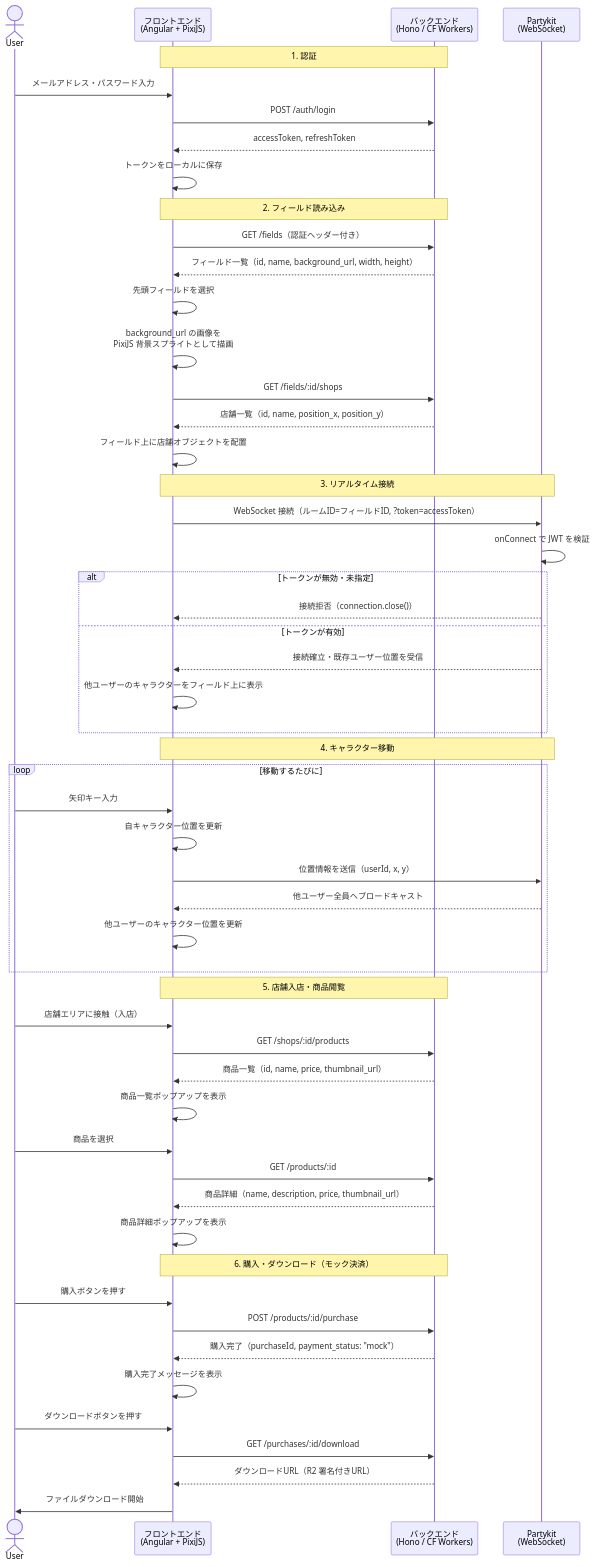
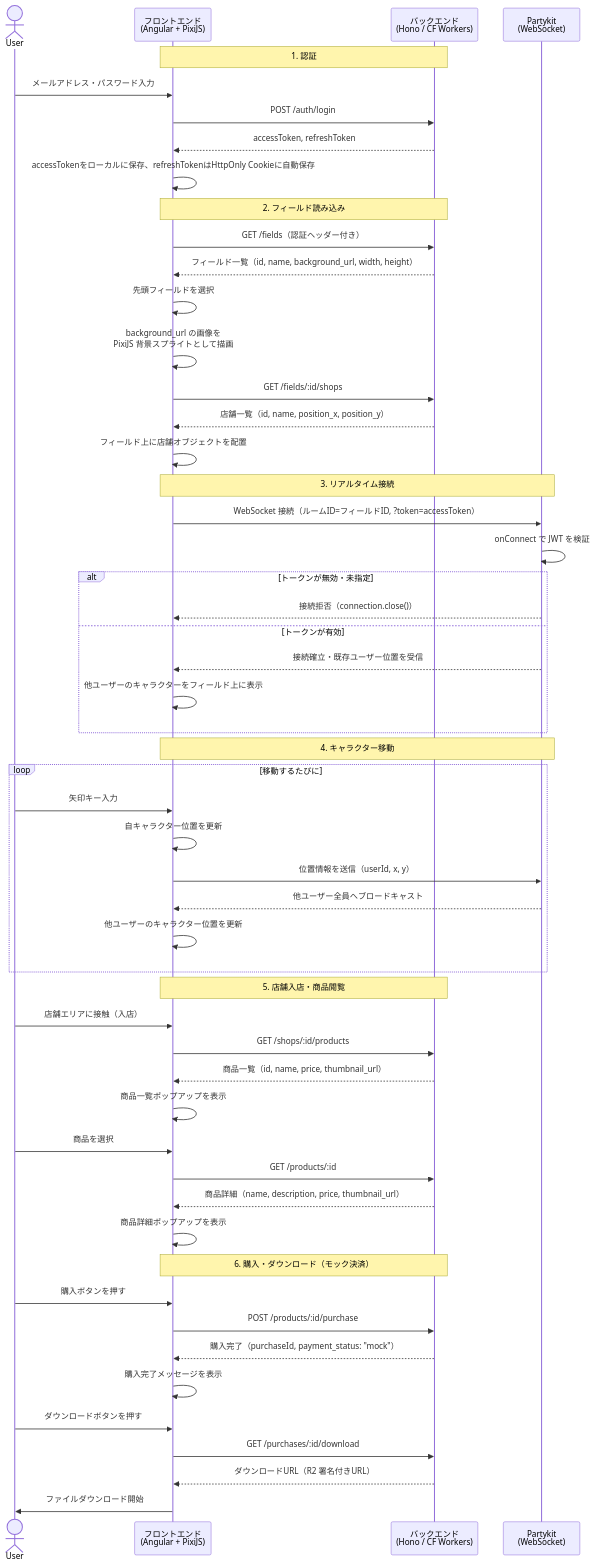
Before and after one commit to study-basic-hackathon/kayaba-broadway: the diagram in docs/system-flow.md, drawn with Mermaid. The commit also changed other lines of this file and 3 other files, not shown here.

````diff
--- a/docs/system-flow.md
+++ b/docs/system-flow.md
@@ -11,76 +11,76 @@
 ```mermaid
 sequenceDiagram
     actor User
     participant FE as フロントエンド<br>(Angular + PixiJS)
     participant BE as バックエンド<br>(Hono / CF Workers)
     participant PK as Partykit<br>(WebSocket)
 
     %% ─── 1. 認証 ───────────────────────────────────────
     Note over FE,BE: 1. 認証
 
     User->>FE: メールアドレス・パスワード入力
     FE->>BE: POST /auth/login
     BE-->>FE: accessToken, refreshToken
-    FE->>FE: トークンをローカルに保存
+    FE->>FE: accessTokenをローカルに保存、refreshTokenはHttpOnly Cookieに自動保存
 
     %% ─── 2. フィールド読み込み ──────────────────────────
     Note over FE,BE: 2. フィールド読み込み
 
     FE->>BE: GET /fields（認証ヘッダー付き）
     BE-->>FE: フィールド一覧（id, name, background_url, width, height）
     FE->>FE: 先頭フィールドを選択
     FE->>FE: background_url の画像を<br>PixiJS 背景スプライトとして描画
 
     FE->>BE: GET /fields/:id/shops
     BE-->>FE: 店舗一覧（id, name, position_x, position_y）
     FE->>FE: フィールド上に店舗オブジェクトを配置
 
     %% ─── 3. リアルタイム接続（Partykit）────────────────
     Note over FE,PK: 3. リアルタイム接続
 
     FE->>PK: WebSocket 接続（ルームID=フィールドID, ?token=accessToken）
     PK->>PK: onConnect で JWT を検証
     alt トークンが無効・未指定
         PK-->>FE: 接続拒否（connection.close()）
     else トークンが有効
         PK-->>FE: 接続確立・既存ユーザー位置を受信
         FE->>FE: 他ユーザーのキャラクターをフィールド上に表示
     end
 
     %% ─── 4. キャラクター移動 ────────────────────────────
     Note over FE,PK: 4. キャラクター移動
 
     loop 移動するたびに
         User->>FE: 矢印キー入力
         FE->>FE: 自キャラクター位置を更新
         FE->>PK: 位置情報を送信（userId, x, y）
         PK-->>FE: 他ユーザー全員へブロードキャスト
         FE->>FE: 他ユーザーのキャラクター位置を更新
     end
 
     %% ─── 5. 店舗入店・商品閲覧 ─────────────────────────
     Note over FE,BE: 5. 店舗入店・商品閲覧
 
     User->>FE: 店舗エリアに接触（入店）
     FE->>BE: GET /shops/:id/products
     BE-->>FE: 商品一覧（id, name, price, thumbnail_url）
     FE->>FE: 商品一覧ポップアップを表示
 
     User->>FE: 商品を選択
     FE->>BE: GET /products/:id
     BE-->>FE: 商品詳細（name, description, price, thumbnail_url）
     FE->>FE: 商品詳細ポップアップを表示
 
     %% ─── 6. 購入・ダウンロード ──────────────────────────
     Note over FE,BE: 6. 購入・ダウンロード（モック決済）
 
     User->>FE: 購入ボタンを押す
     FE->>BE: POST /products/:id/purchase
     BE-->>FE: 購入完了（purchaseId, payment_status: "mock"）
     FE->>FE: 購入完了メッセージを表示
 
     User->>FE: ダウンロードボタンを押す
     FE->>BE: GET /purchases/:id/download
     BE-->>FE: ダウンロードURL（R2 署名付きURL）
     FE->>User: ファイルダウンロード開始
 ```
````
